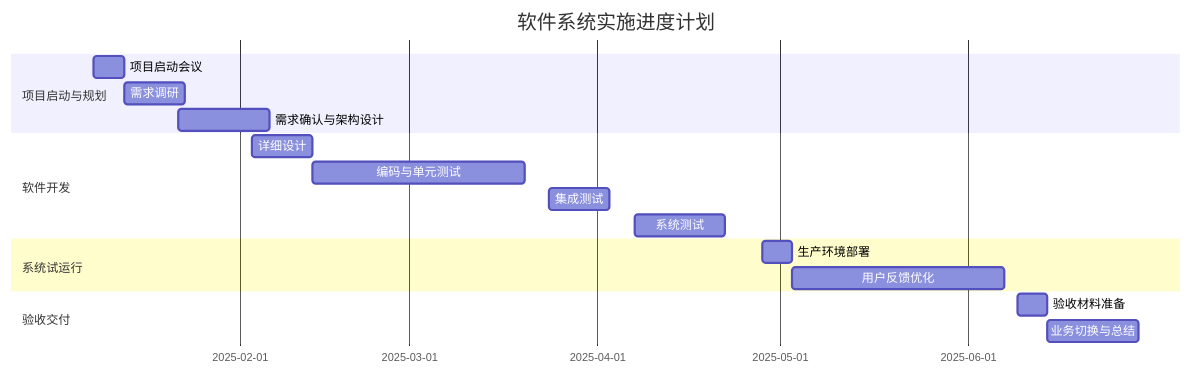
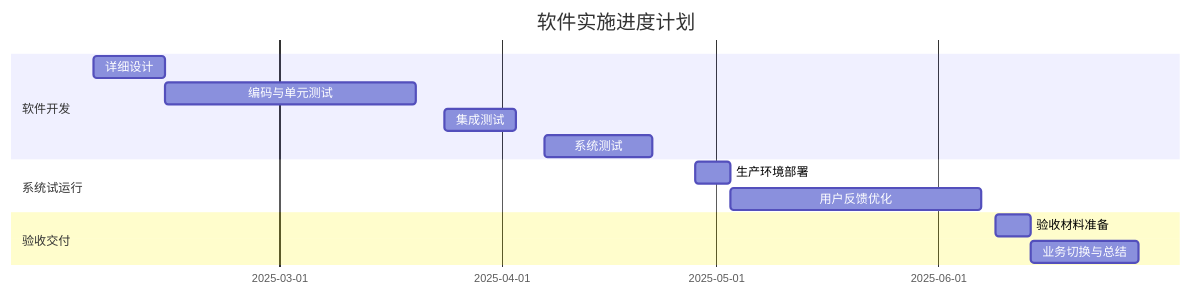
One commit to CMTcode/iodraw-files changed the diagram in all/未命名-1.md. Above: the diagram before and after it, drawn with Mermaid.

Commit message:
2025-02-19 10:30:54 update

````diff
--- a/all/未命名-1.md
+++ b/all/未命名-1.md
@@ -1,25 +1,22 @@
 ```mermaid
 gantt
-    title 软件系统实施进度计划
+    title 软件实施进度计划
     dateFormat  YYYY-MM-DD
     axisFormat %Y-%m-%d
     
-    section 项目启动与规划
-    项目启动会议        :a1, 2025-01-08, 5d
-    需求调研            :after a1, 10d
-    需求确认与架构设计  :2025-01-22, 15d
+    
     
     section 软件开发
     详细设计           :dev1, 2025-02-03, 10d
     编码与单元测试     :after dev1, 35d
     集成测试           :2025-03-24, 10d
     系统测试           :2025-04-07, 15d
     
     section 系统试运行
     生产环境部署       :run1, 2025-04-28, 5d
     用户反馈优化       :after run1, 35d
     
     section 验收交付
     验收材料准备       :final1, 2025-06-09, 5d
     业务切换与总结     :after final1, 15d
 ```
````
